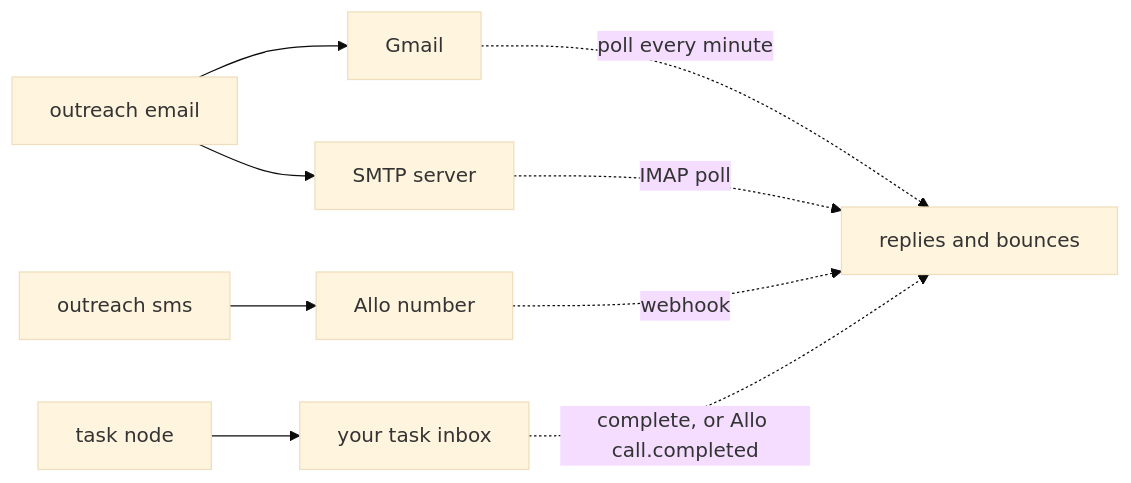
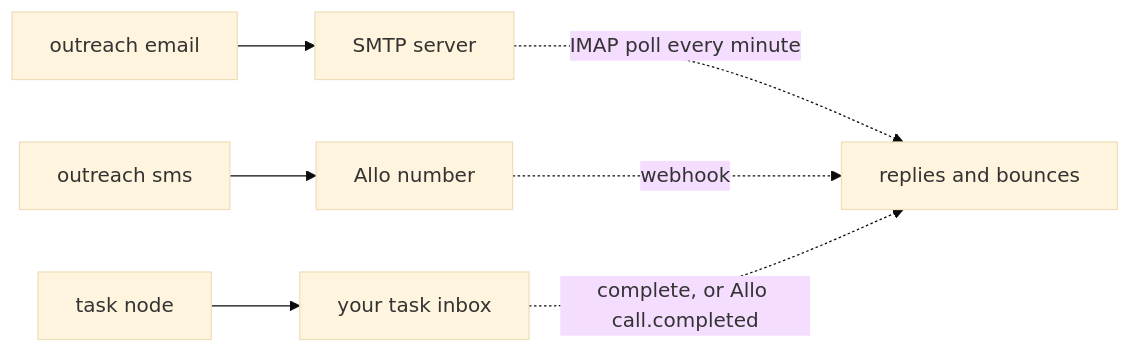
The diagram in packages/docs/content/docs/docs/sending/channels.mdx (lguerberg/open-sequence), drawn with Mermaid (base theme) before and after one commit. The commit also changed other lines of this file and 140 other files, not shown here.

First line of the commit message:
Remove Gmail and Google OAuth: email is SMTP and IMAP only

````diff
--- a/packages/docs/content/docs/docs/sending/channels.mdx
+++ b/packages/docs/content/docs/docs/sending/channels.mdx
@@ -8,11 +8,9 @@
 ```mermaid
 flowchart LR
-  E["outreach email"] --> G["Gmail"]
-  E --> S["SMTP server"]
+  E["outreach email"] --> S["SMTP server"]
   T["outreach sms"] --> A["Allo number"]
   K["task node"] --> I["your task inbox"]
-  G -.->|"poll every minute"| R["replies and bounces"]
-  S -.->|"IMAP poll"| R
+  S -.->|"IMAP poll every minute"| R["replies and bounces"]
   A -.->|"webhook"| R
   I -.->|"complete, or Allo call.completed"| R
 ```
````
